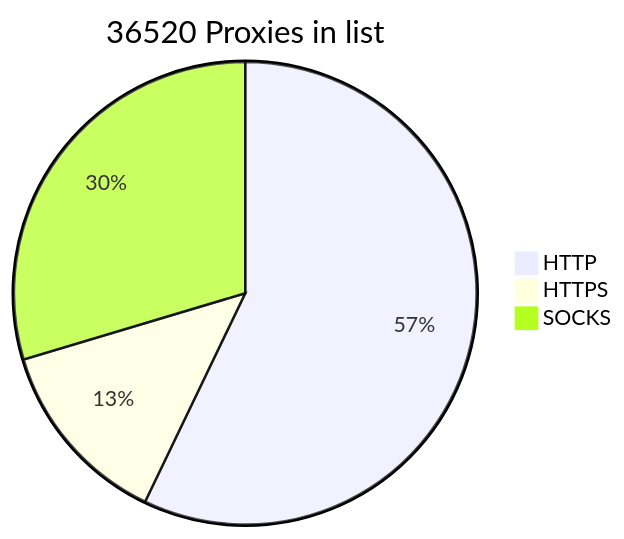
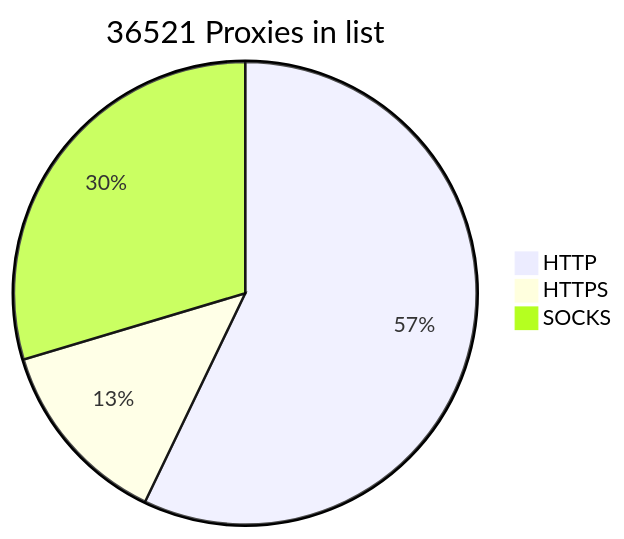
Before and after one commit to BlackSnowDot/proxylist-update-every-minute: the diagram in README.md, drawn with Mermaid.

````diff
--- a/README.md
+++ b/README.md
@@ -2,6 +2,6 @@
 ```mermaid
-pie title 36520 Proxies in list
-    "HTTP" : 23177
+pie title 36521 Proxies in list
+    "HTTP" : 23178
     "HTTPS": 5375
     "SOCKS" : 12019
 ```
````
